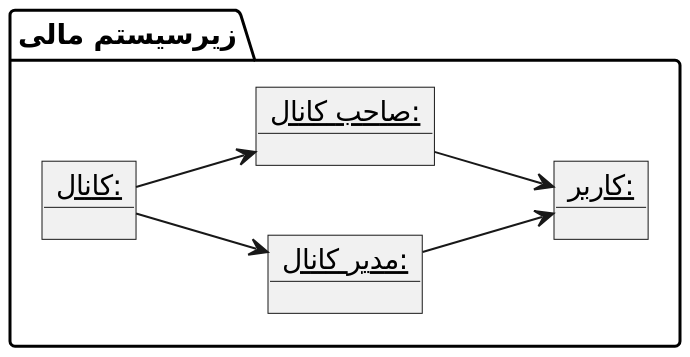
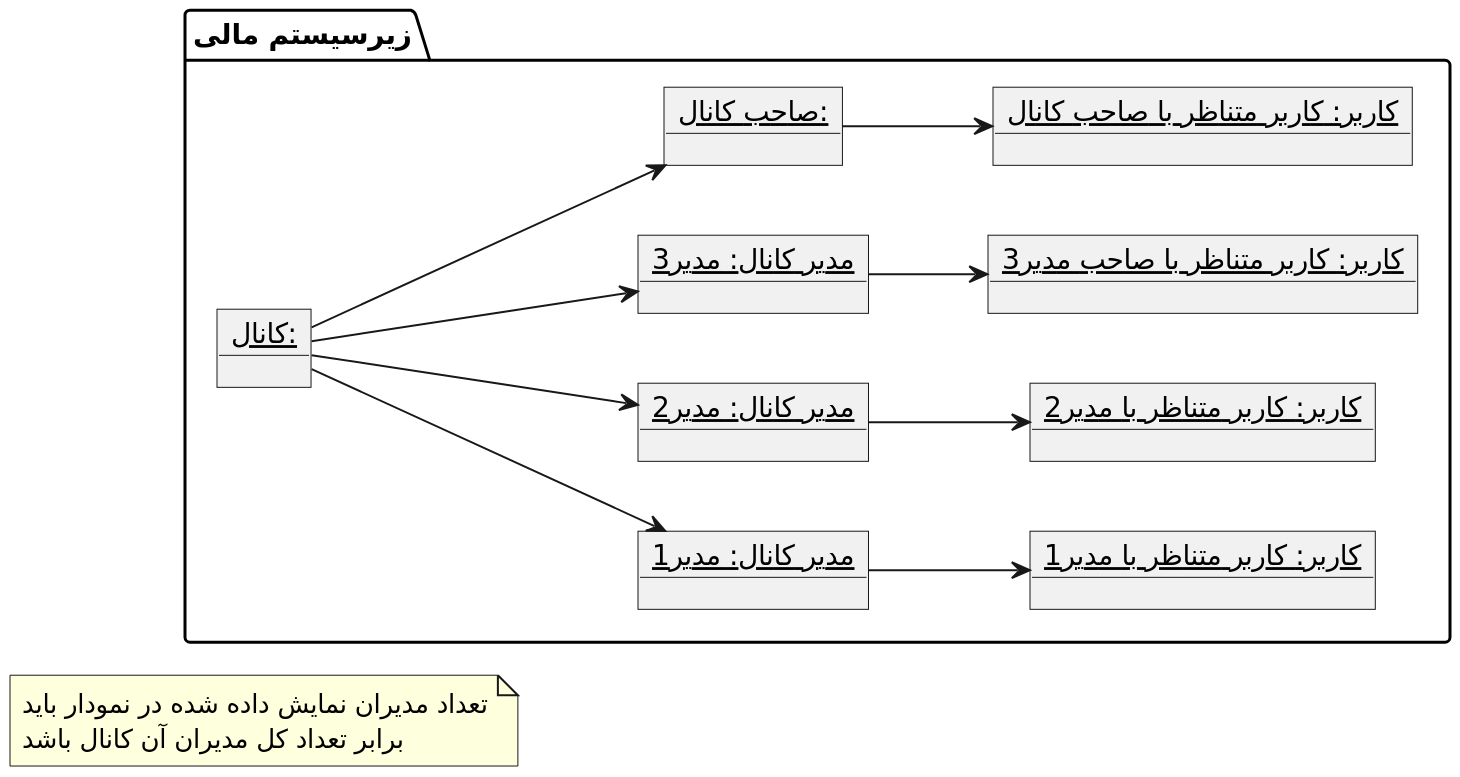
One commit to soleyman79/Qasedak changed the diagram in Diagrams/Object/MonetarySubsystem/DepositProfit.puml. Above: the diagram before and after it, drawn with PlantUML.

Commit message:
Set related user

```diff
--- a/Diagrams/Object/MonetarySubsystem/DepositProfit.puml
+++ b/Diagrams/Object/MonetarySubsystem/DepositProfit.puml
@@ -1,19 +1,31 @@
 @startuml deposit_profit
 
 scale 2
 left to right direction
 skinparam DefaultFontName B Nazanin
 
 package "زیرسیستم مالی" {
-    object "__کاربر:__" as user
+    object "__کاربر: کاربر متناظر با صاحب کانال__" as o_user
+    object "__کاربر: کاربر متناظر با مدیر1__" as m1_user
+    object "__کاربر: کاربر متناظر با مدیر2__" as m2_user
+    object "__کاربر: کاربر متناظر با صاحب مدیر3__" as m3_user
+
     object "__کانال:__" as chanel
-    object "__مدیر کانال:__" as manager
+    object "__مدیر کانال: مدیر1__" as manager1
+    object "__مدیر کانال: مدیر2__" as manager2
+    object "__مدیر کانال: مدیر3__" as manager3
     object "__صاحب کانال:__" as owner
 
-    chanel --> manager
+    chanel --> manager1
+    chanel --> manager2
+    chanel --> manager3
     chanel --> owner
-    manager --> user
-    owner --> user
+    manager1 --> m1_user
+    manager2 --> m2_user
+    manager3 --> m3_user
+    owner --> o_user
 }
 
+note "تعداد مدیران نمایش داده شده در نمودار باید\nبرابر تعداد کل مدیران آن کانال باشد" as N1
+
 @enduml
```
